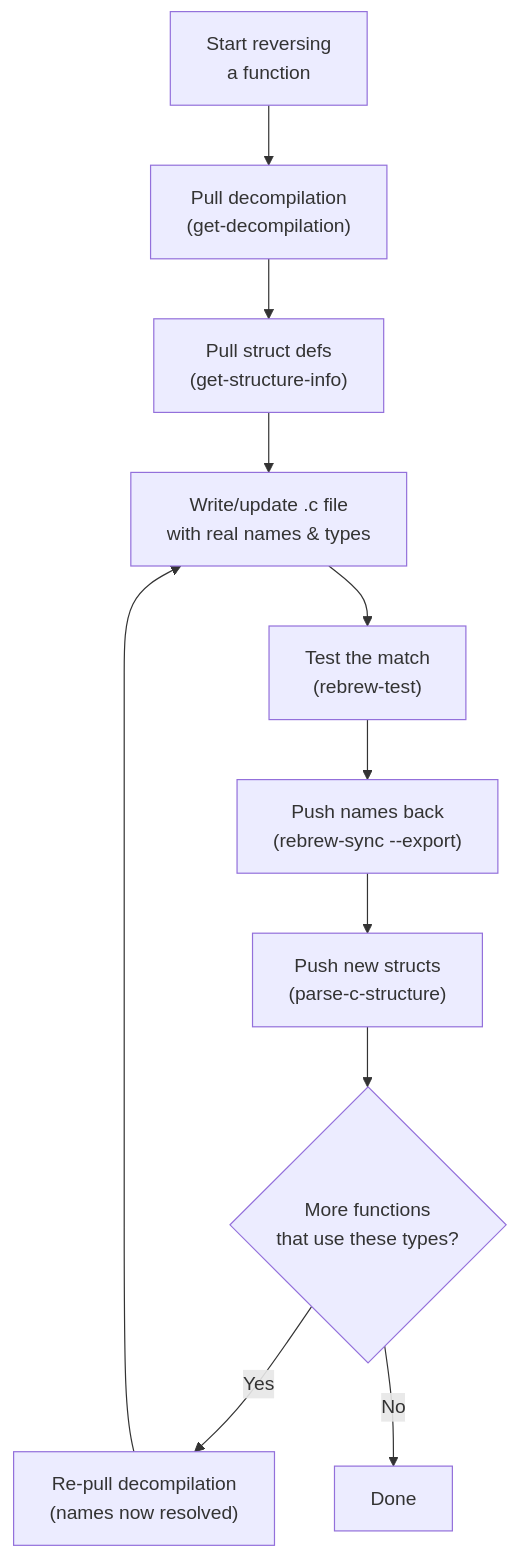
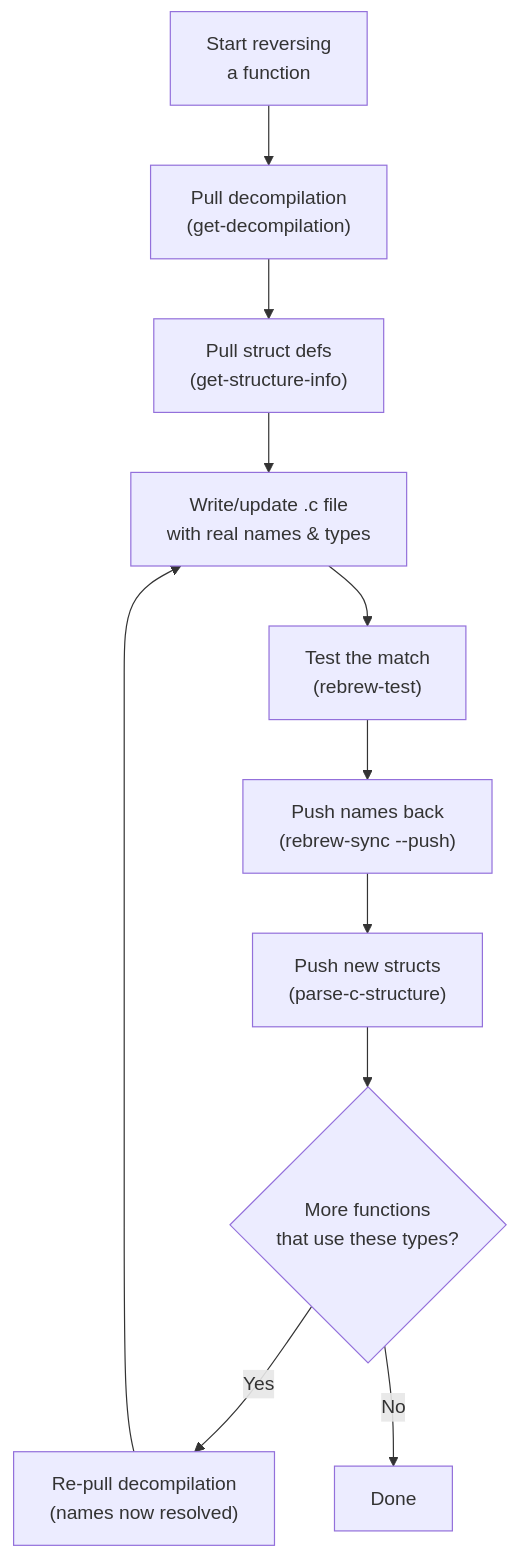
Before and after one commit to maci0/rebrew: the fourth of 5 diagrams in docs/WORKFLOW.md, drawn with Mermaid. The commit also changed other lines of this file and 98 other files, not shown here.

````diff
--- a/docs/WORKFLOW.md
+++ b/docs/WORKFLOW.md
@@ -603,13 +678,13 @@
 ```mermaid
 graph TD
     A["Start reversing<br/>a function"] --> B["Pull decompilation<br/>(get-decompilation)"]
     B --> C["Pull struct defs<br/>(get-structure-info)"]
     C --> D["Write/update .c file<br/>with real names & types"]
     D --> E["Test the match<br/>(rebrew-test)"]
-    E --> F["Push names back<br/>(rebrew-sync --export)"]
+    E --> F["Push names back<br/>(rebrew-sync --push)"]
     F --> G["Push new structs<br/>(parse-c-structure)"]
     G --> H{"More functions<br/>that use these types?"}
     H -->|Yes| I["Re-pull decompilation<br/>(names now resolved)"]
     I --> D
     H -->|No| J["Done"]
 ```
````
